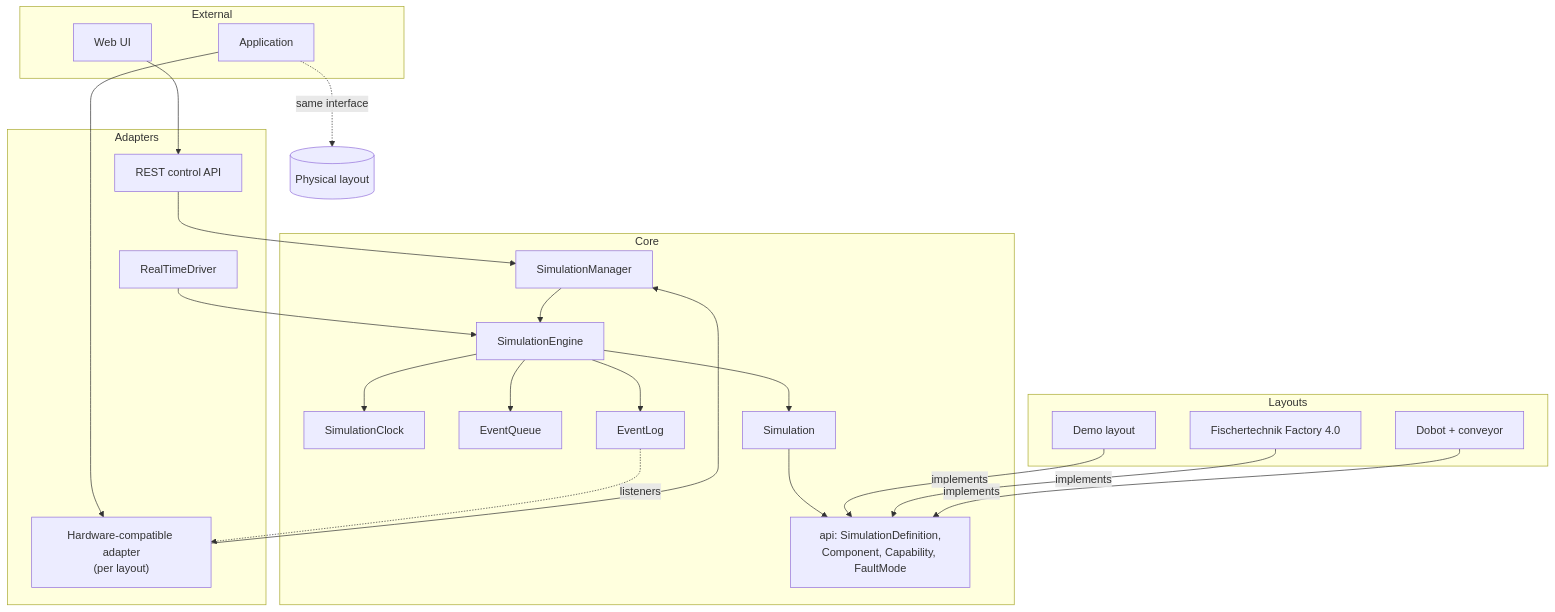
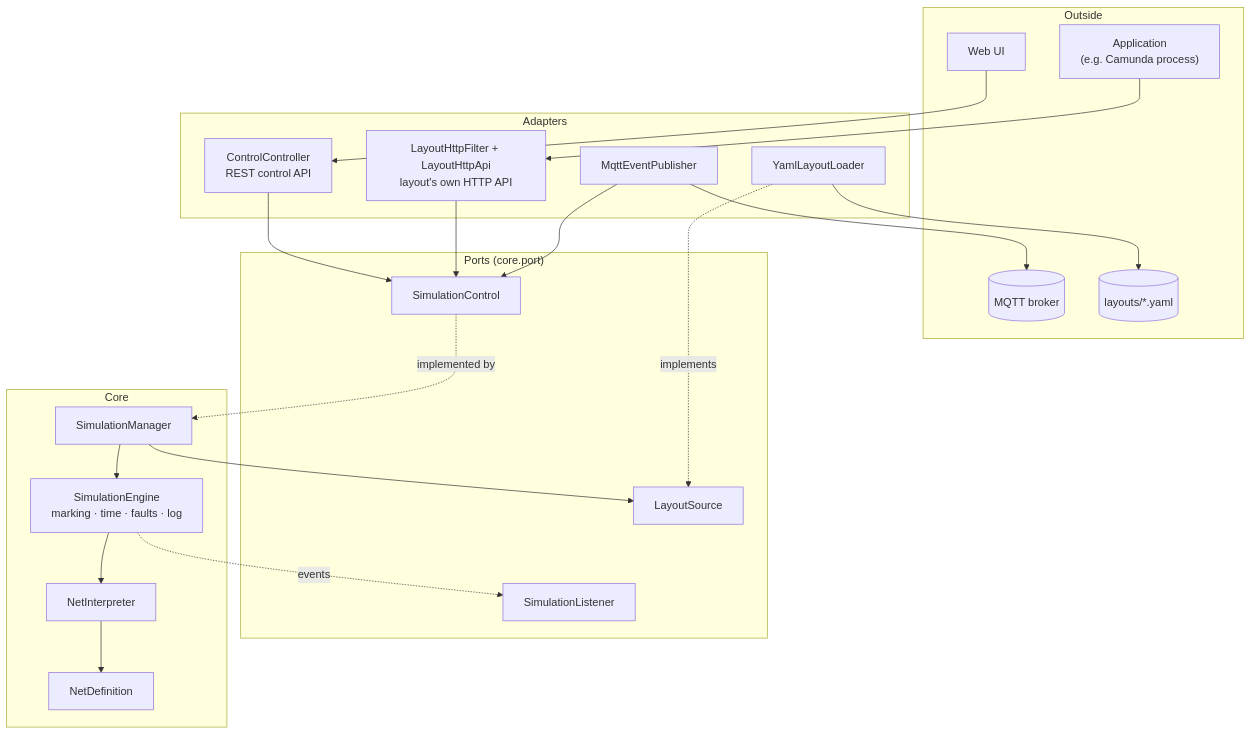
One commit to sejmasijaric/simulator-platform changed the first of 5 diagrams in docs/architecture.md. Above: the diagram before and after it, drawn with Mermaid. The commit also changed other lines of this file and 56 other files, not shown here.

Commit message:
updated ADRs + petri net layout approach added

````diff
--- a/docs/architecture.md
+++ b/docs/architecture.md
@@ -19,49 +13,40 @@
 ```mermaid
 flowchart TB
-    subgraph external["External"]
+    subgraph external["Outside"]
         ui["Web UI"]
-        app["Application"]
+        app["Application<br/>(e.g. Camunda process)"]
+        broker[("MQTT broker")]
+        files[("layouts/*.yaml")]
     end
 
     subgraph adapters["Adapters"]
-        rest["REST control API"]
-        hw["Hardware-compatible adapter<br/>(per layout)"]
-        driver["RealTimeDriver"]
+        rest["ControlController<br/>REST control API"]
+        http["LayoutHttpFilter + LayoutHttpApi<br/>layout's own HTTP API"]
+        loader["YamlLayoutLoader"]
+        mqtt["MqttEventPublisher"]
+    end
+
+    subgraph ports["Ports (core.port)"]
+        control["SimulationControl"]
+        source["LayoutSource"]
+        listener["SimulationListener"]
     end
 
     subgraph core["Core"]
         manager["SimulationManager"]
-        engine["SimulationEngine"]
-        clock["SimulationClock"]
-        queue["EventQueue"]
-        log["EventLog"]
-        sim["Simulation"]
-        apiNode["api: SimulationDefinition,<br/>Component, Capability, FaultMode"]
+        engine["SimulationEngine<br/>marking · time · faults · log"]
+        interpreter["NetInterpreter"]
+        net["NetDefinition"]
     end
 
-    subgraph layouts["Layouts"]
-        test["Demo layout"]
-        ft["Fischertechnik Factory 4.0"]
-        dobot["Dobot + conveyor"]
-    end
-
-    physical[("Physical layout")]
-
-    ui --> rest
-    app --> hw
-    app -. "same interface" .-> physical
-    rest --> manager
-    hw --> manager
-    driver --> engine
-    manager --> engine
-    engine --> clock
-    engine --> queue
-    engine --> log
-    engine --> sim
-    sim --> apiNode
-    test -- implements --> apiNode
-    ft -- implements --> apiNode
-    dobot -- implements --> apiNode
-    log -. listeners .-> hw
-
+    ui --> rest --> control
+    app --> http --> control
+    control -. implemented by .-> manager
+    manager --> engine --> interpreter --> net
+    manager --> source
+    loader -. implements .-> source
+    loader --> files
+    mqtt --> control
+    mqtt --> broker
+    engine -. events .-> listener
 ```
````
